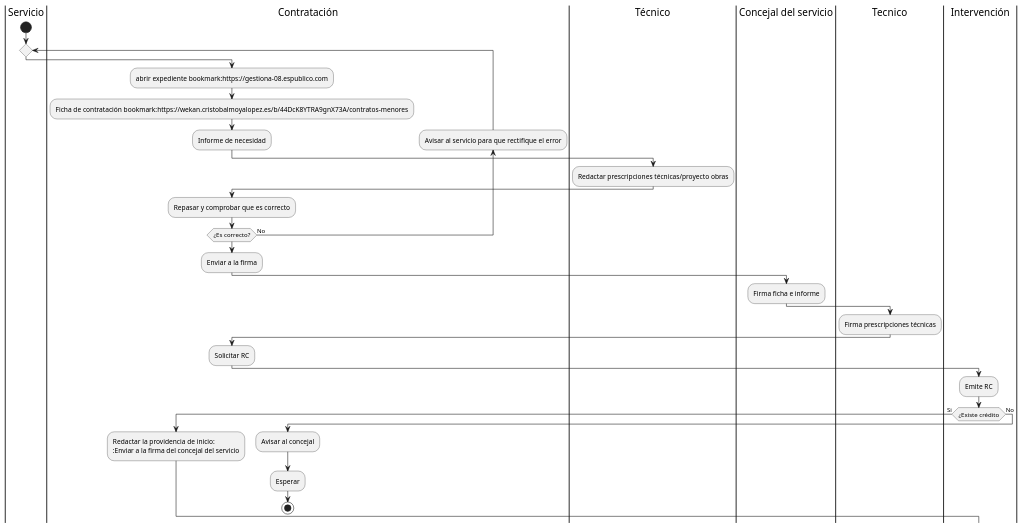
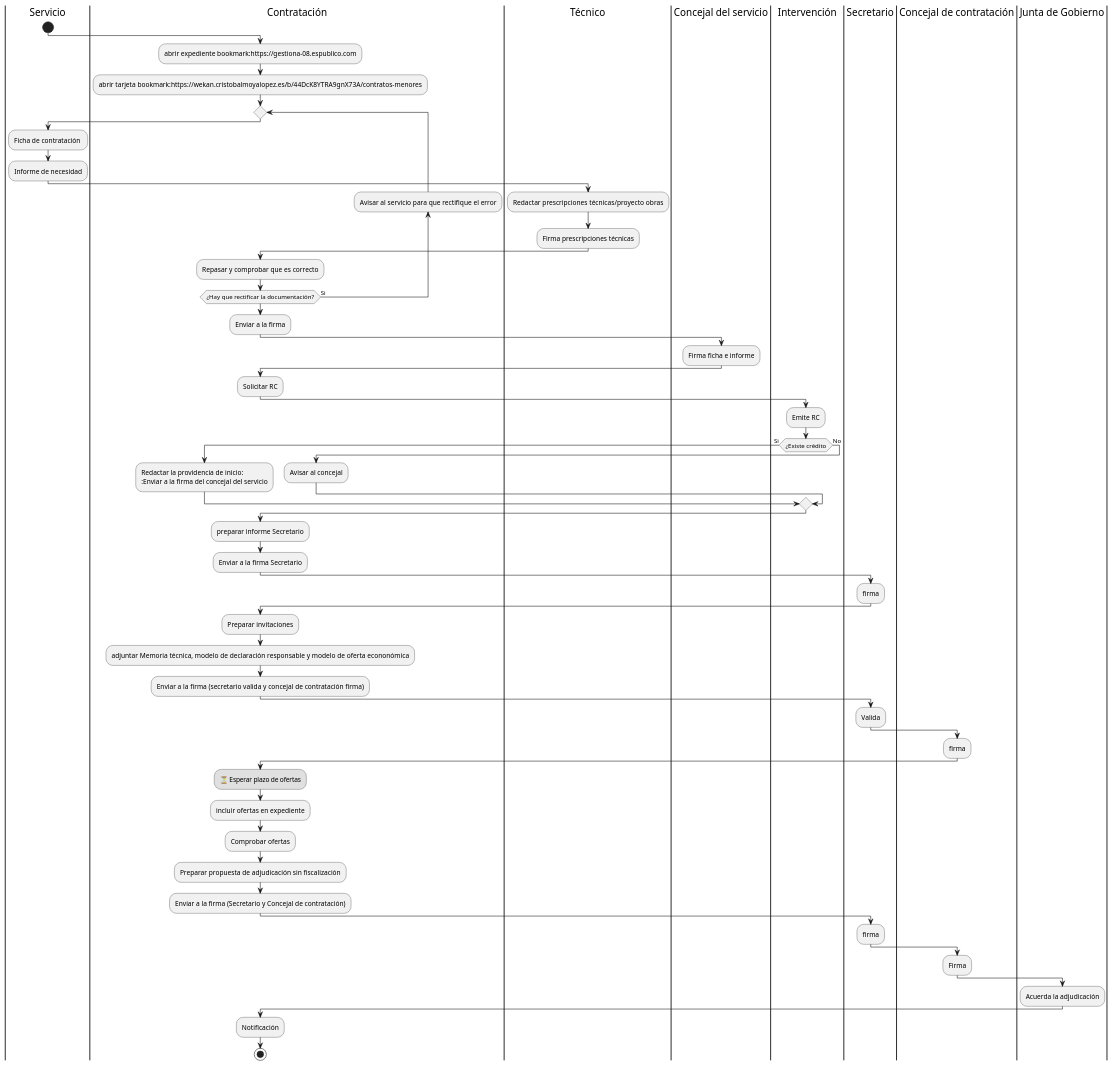
Before and after one commit to cristomoya/guiaMesa: the diagram in src/contratoMenor.puml, drawn with PlantUML. The commit also changed 3 other files, not shown here.

```diff
--- a/src/contratoMenor.puml
+++ b/src/contratoMenor.puml
@@ -1,41 +1,70 @@
 @startuml Contrato Menor 
 |Servicio|
 start
 
-repeat
+
 |Contratación|
   :abrir expediente bookmark:https://gestiona-08.espublico.com;
-  :Ficha de contratación bookmark:https://wekan.cristobalmoyalopez.es/b/44DcK8YTRA9gnX73A/contratos-menores;
+  :abrir tarjeta bookmark:https://wekan.cristobalmoyalopez.es/b/44DcK8YTRA9gnX73A/contratos-menores;
+repeat   
+|Servicio|  
+  :Ficha de contratación ;
   :Informe de necesidad;
 |Técnico|
 :Redactar prescripciones técnicas/proyecto obras;
-  |Contratación|
+:Firma prescripciones técnicas;
+|Contratación|
   :Repasar y comprobar que es correcto;
   backward:Avisar al servicio para que rectifique el error;
-repeat while (¿Es correcto?) is (No) 
+repeat while (¿Hay que rectificar la documentación?) is (Si) 
    
-
-
-
-
 |Contratación|
 :Enviar a la firma;
 
 |Concejal del servicio|
 :Firma ficha e informe;
-|Tecnico|
-:Firma prescripciones técnicas;
+
 |Contratación|
 :Solicitar RC;
 |Intervención|
 :Emite RC;
 if(¿Existe crédito) then (Si)
 |Contratación|
 :Redactar la providencia de inicio:
 :Enviar a la firma del concejal del servicio;
 else (No)
 |Contratación|
 :Avisar al concejal;
-:Esperar;
+endif
+|Contratación|
+:preparar informe Secretario;
+:Enviar a la firma Secretario;
+|Secretario|
+:firma;
+|Contratación|
+:Preparar invitaciones;
+:adjuntar Memoria técnica, modelo de declaración responsable y modelo de oferta econonómica;
+
+:Enviar a la firma (secretario valida y concejal de contratación firma);
+|Secretario|
+:Valida;
+|Concejal de contratación|
+:firma;
+|Contratación|
+#e0e0e0:⏳ Esperar plazo de ofertas;
+:incluir ofertas en expediente;
+:Comprobar ofertas;
+:Preparar propuesta de adjudicación sin fiscalización;
+:Enviar a la firma (Secretario y Concejal de contratación);
+|Secretario|
+:firma;
+|Concejal de contratación|
+:Firma;
+|Junta de Gobierno|
+:Acuerda la adjudicación;
+|Contratación|
+:Notificación;
+
+
 stop
 @enduml
```
